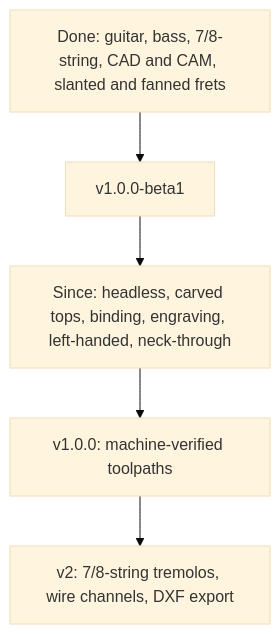
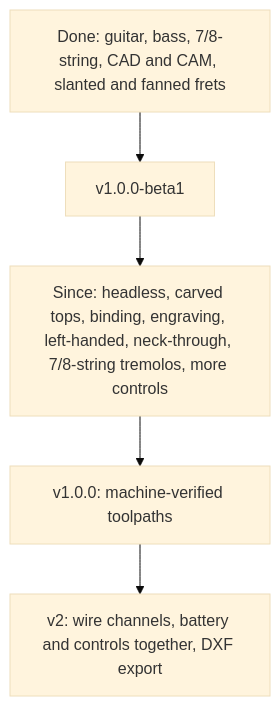
One commit to jolappi/CNCguitarwizard changed the diagram in ROADMAP.md. Above: the diagram before and after it, drawn with Mermaid (base theme). The commit also changed other lines of this file and 18 other files, not shown here.

````diff
--- a/ROADMAP.md
+++ b/ROADMAP.md
@@ -88,7 +90,7 @@
 ```mermaid
 flowchart TD
     Done["Done: guitar, bass, 7/8-string, CAD and CAM, slanted and fanned frets"] --> Beta["v1.0.0-beta1"]
-    Beta --> More["Since: headless, carved tops, binding, engraving, left-handed, neck-through"]
+    Beta --> More["Since: headless, carved tops, binding, engraving, left-handed, neck-through, 7/8-string tremolos, more controls"]
     More --> V1["v1.0.0: machine-verified toolpaths"]
-    V1 --> V2["v2: 7/8-string tremolos, wire channels, DXF export"]
+    V1 --> V2["v2: wire channels, battery and controls together, DXF export"]
 ```
````
